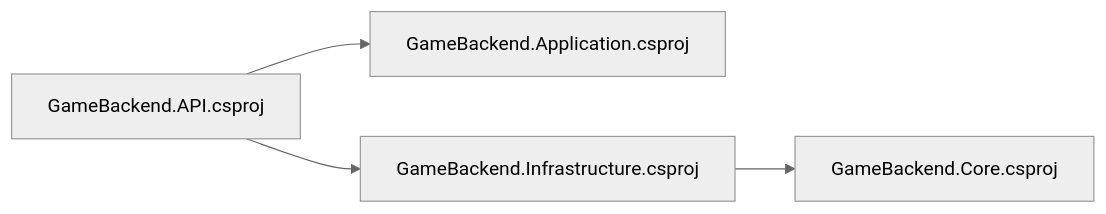
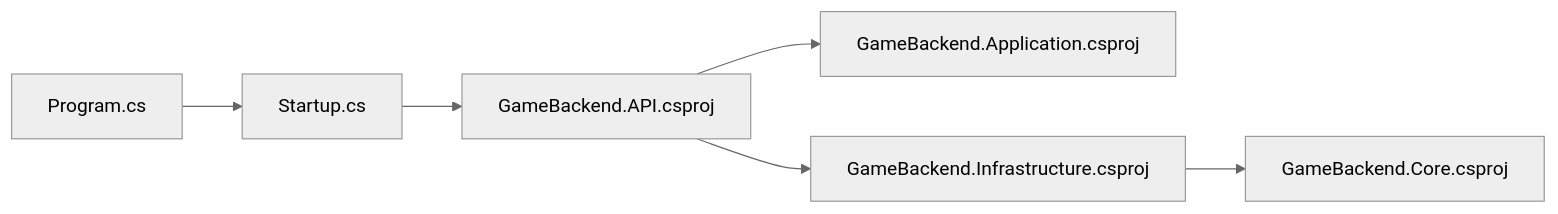
Before and after one commit to MuhammadFaizanQamar/game-backend-service: the fifth of 5 diagrams in .qoder/repowiki/en/content/Getting Started.md, drawn with Mermaid (neutral theme). The commit also changed other lines of this file and 62 other files, not shown here.

````diff
--- a/.qoder/repowiki/en/content/Getting Started.md
+++ b/.qoder/repowiki/en/content/Getting Started.md
@@ -262,6 +306,8 @@
 ```mermaid
 graph LR
 API["GameBackend.API.csproj"] --> APP["GameBackend.Application.csproj"]
 API --> INF["GameBackend.Infrastructure.csproj"]
 INF --> CORE["GameBackend.Core.csproj"]
+Program_cs["Program.cs"] --> Startup_cs["Startup.cs"]
+Startup_cs --> API
 ```
````
